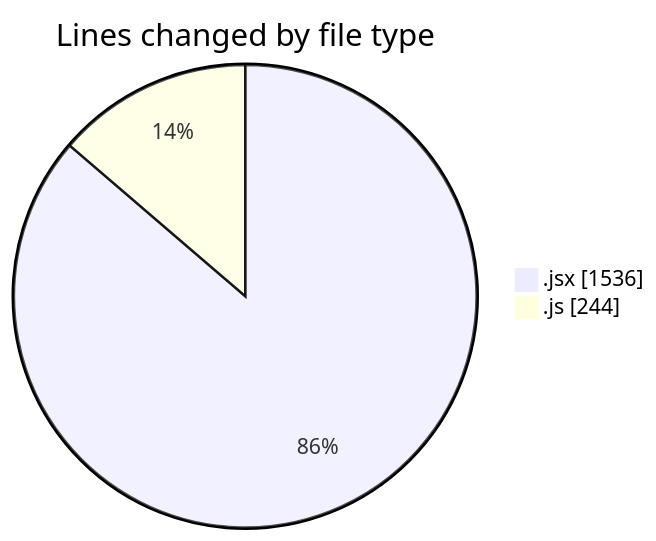
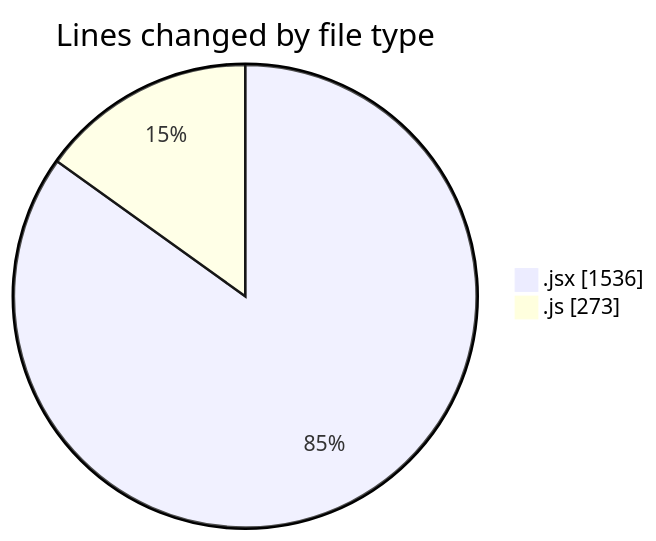
Before and after one commit to nxtqubesakshisongat/code-tracking: the first of 2 diagrams in 2025-07-30/nxtqube_webapp/README.md, drawn with Mermaid. The commit also changed other lines of this file and 1 other file, not shown here.

````diff
--- a/2025-07-30/nxtqube_webapp/README.md
+++ b/2025-07-30/nxtqube_webapp/README.md
@@ -22,6 +23,6 @@
 ```mermaid
 pie showData
 title Lines changed by file type
 ".jsx" : 1536
-".js" : 244
+".js" : 273
 ```
````
